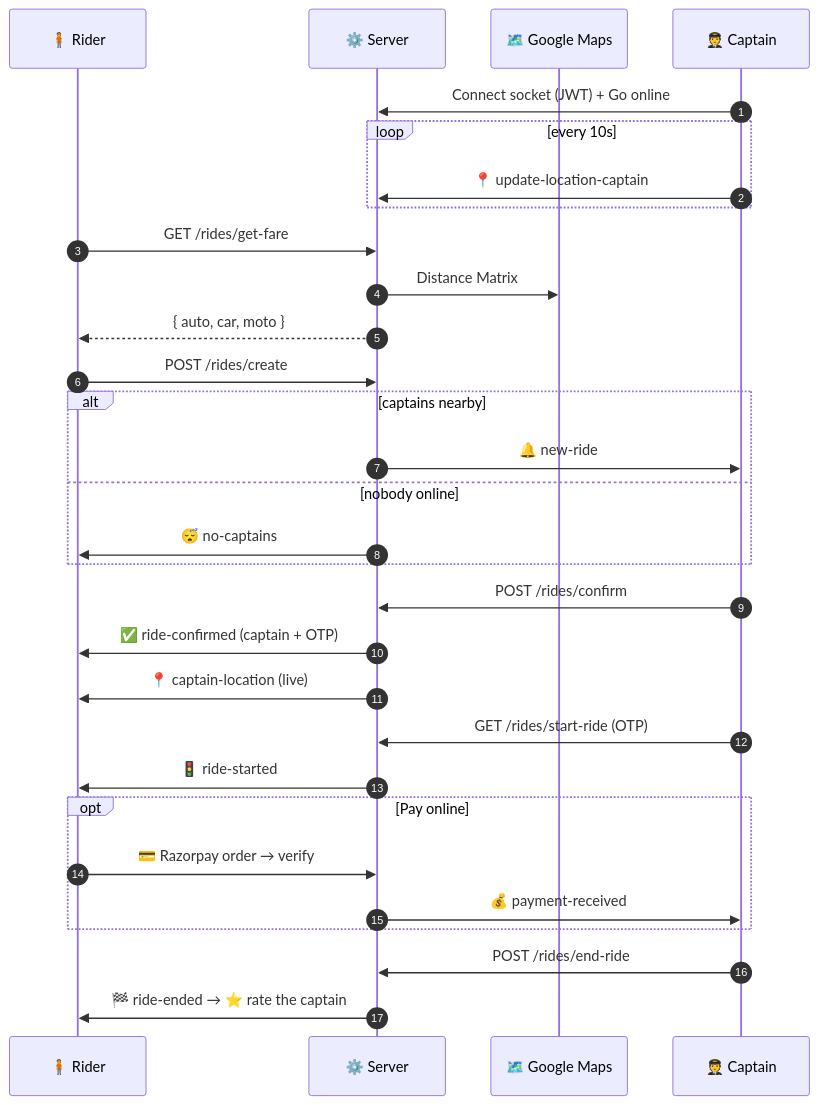
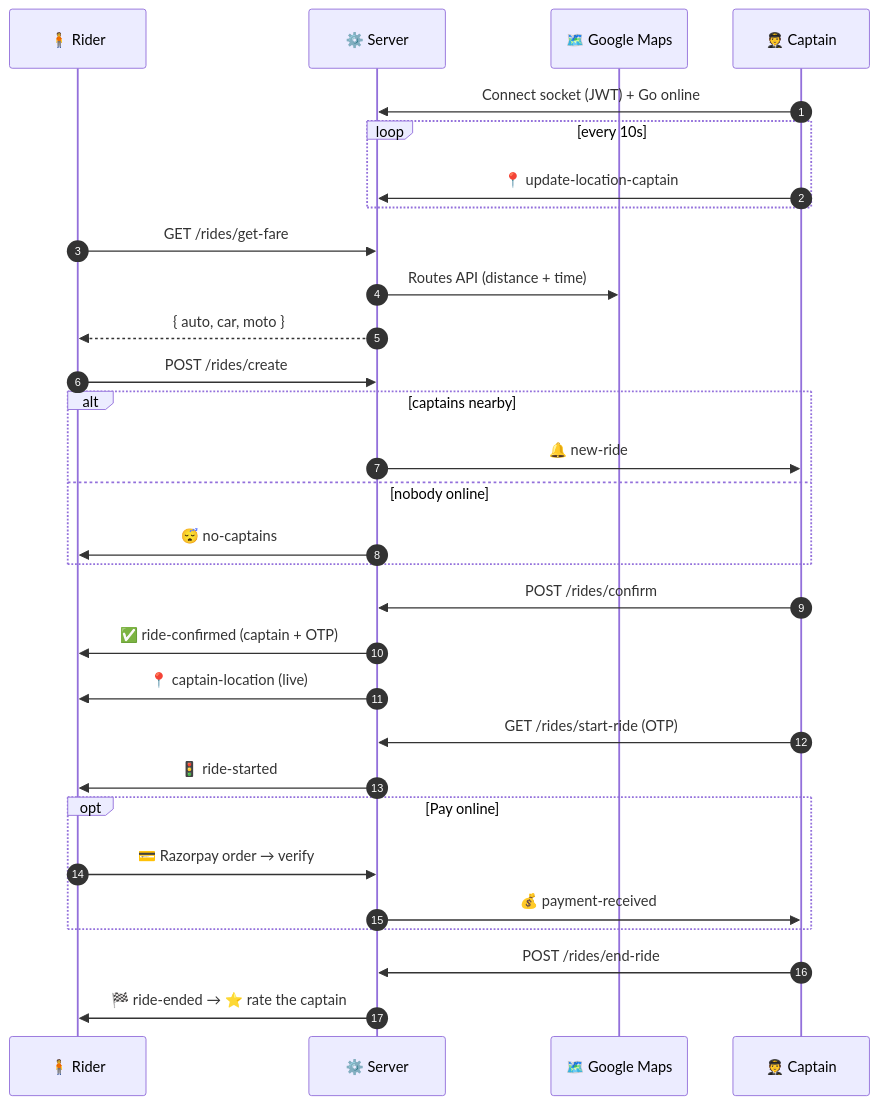
One commit to mohityadav24952-ai/VeloxRide changed the diagram in README.md. Above: the diagram before and after it, drawn with Mermaid. The commit also changed other lines of this file and 8 other files, not shown here.

````diff
--- a/README.md
+++ b/README.md
@@ -151,33 +152,33 @@
 ```mermaid
 sequenceDiagram
     autonumber
     participant R as 🧍 Rider
     participant S as ⚙️ Server
     participant G as 🗺️ Google Maps
     participant C as 🧑‍✈️ Captain
 
     C->>S: Connect socket (JWT) + Go online
     loop every 10s
         C->>S: 📍 update-location-captain
     end
     R->>S: GET /rides/get-fare
-    S->>G: Distance Matrix
+    S->>G: Routes API (distance + time)
     S-->>R: { auto, car, moto }
     R->>S: POST /rides/create
     alt captains nearby
         S->>C: 🔔 new-ride
     else nobody online
         S->>R: 😴 no-captains
     end
     C->>S: POST /rides/confirm
     S->>R: ✅ ride-confirmed (captain + OTP)
     S->>R: 📍 captain-location (live)
     C->>S: GET /rides/start-ride (OTP)
     S->>R: 🚦 ride-started
     opt Pay online
         R->>S: 💳 Razorpay order → verify
         S->>C: 💰 payment-received
     end
     C->>S: POST /rides/end-ride
     S->>R: 🏁 ride-ended → ⭐ rate the captain
 ```
````
